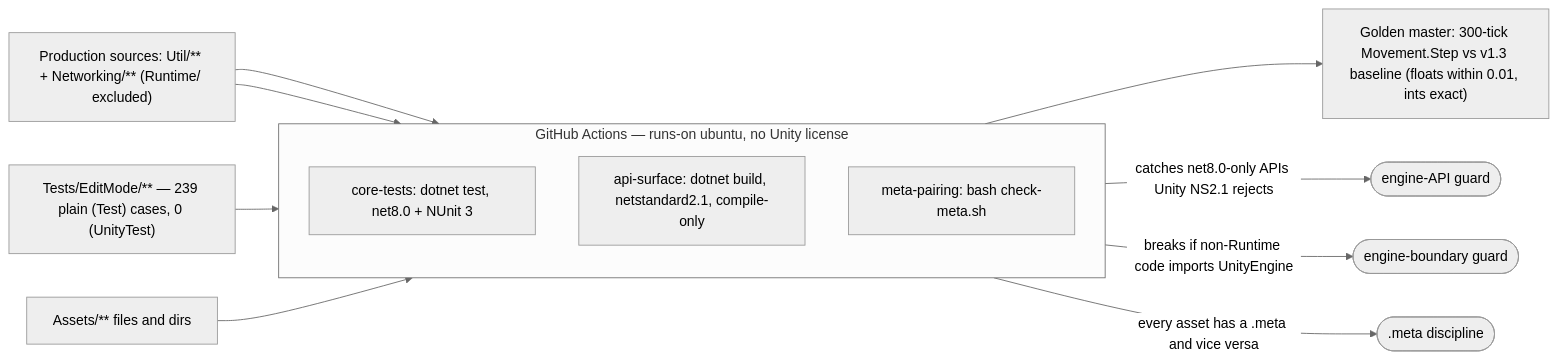
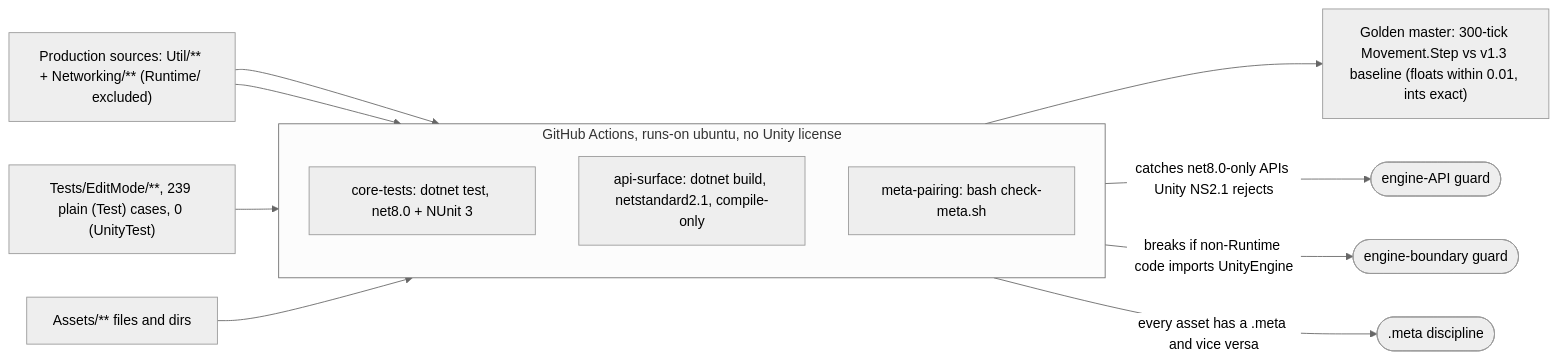
One commit to Kerem-Kurt/jump-now-bro changed the second of 2 diagrams in docs/architecture.md. Above: the diagram before and after it, drawn with Mermaid (neutral theme). The commit also changed other lines of this file and 3 other files, not shown here.

````diff
--- a/docs/architecture.md
+++ b/docs/architecture.md
@@ -90,21 +89,21 @@
 ```mermaid
 flowchart LR
   SRC["Production sources: Util/** + Networking/** (Runtime/ excluded)"]
-  TESTS["Tests/EditMode/** — 239 plain (Test) cases, 0 (UnityTest)"]
-  subgraph JOBS["GitHub Actions — runs-on ubuntu, no Unity license"]
+  TESTS["Tests/EditMode/**, 239 plain (Test) cases, 0 (UnityTest)"]
+  subgraph JOBS["GitHub Actions, runs-on ubuntu, no Unity license"]
     direction TB
     J1["core-tests: dotnet test, net8.0 + NUnit 3"]
     J2["api-surface: dotnet build, netstandard2.1, compile-only"]
     J3["meta-pairing: bash check-meta.sh"]
   end
   GM["Golden master: 300-tick Movement.Step vs v1.3 baseline (floats within 0.01, ints exact)"]
   ASSETS["Assets/** files and dirs"]
   SRC --> J1
   TESTS --> J1
   J1 --> GM
   SRC --> J2
   ASSETS --> J3
   J2 -->|"catches net8.0-only APIs Unity NS2.1 rejects"| GUARD1(["engine-API guard"])
   J1 -->|"breaks if non-Runtime code imports UnityEngine"| GUARD2(["engine-boundary guard"])
   J3 -->|"every asset has a .meta and vice versa"| GUARD3([".meta discipline"])
 ```
````
